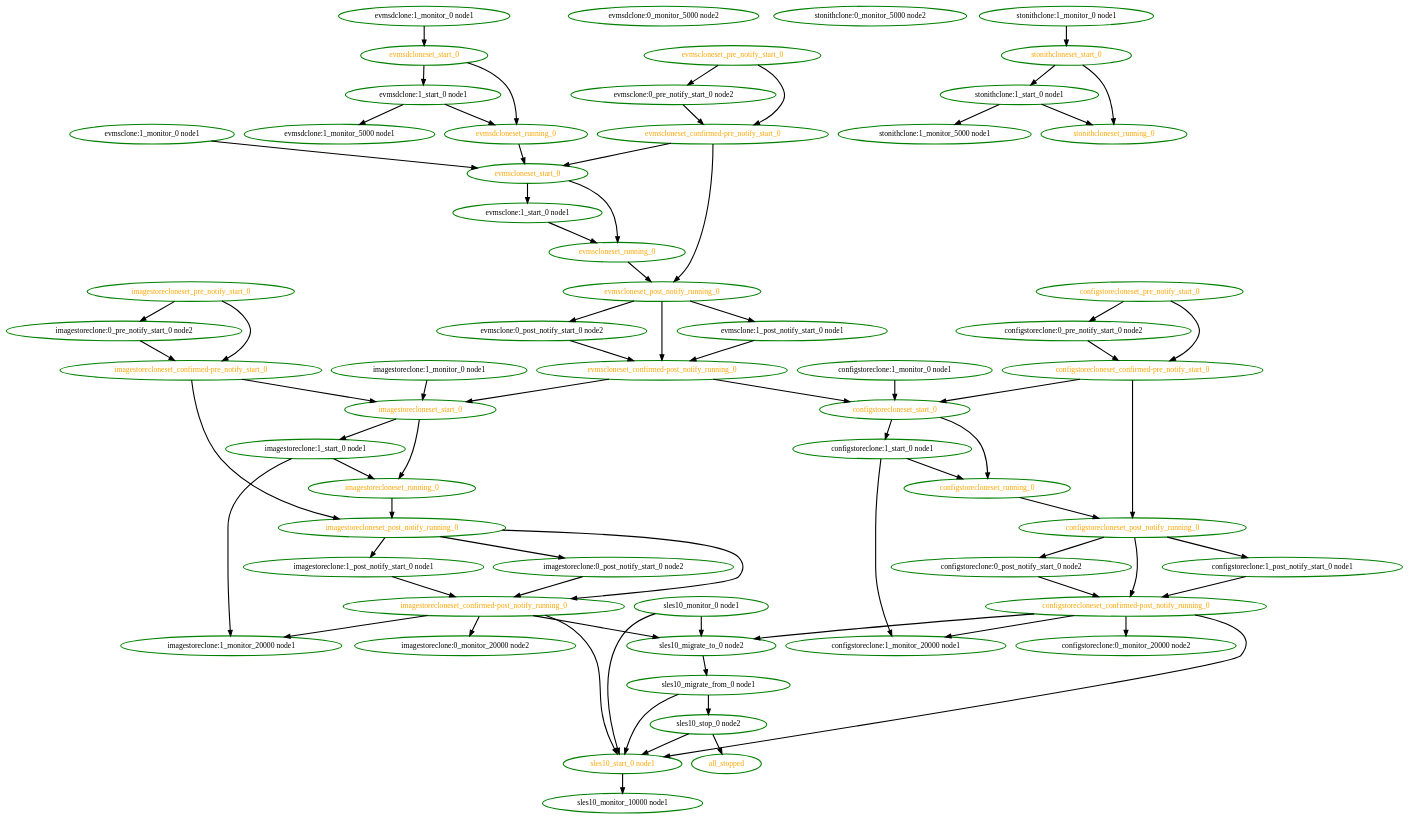
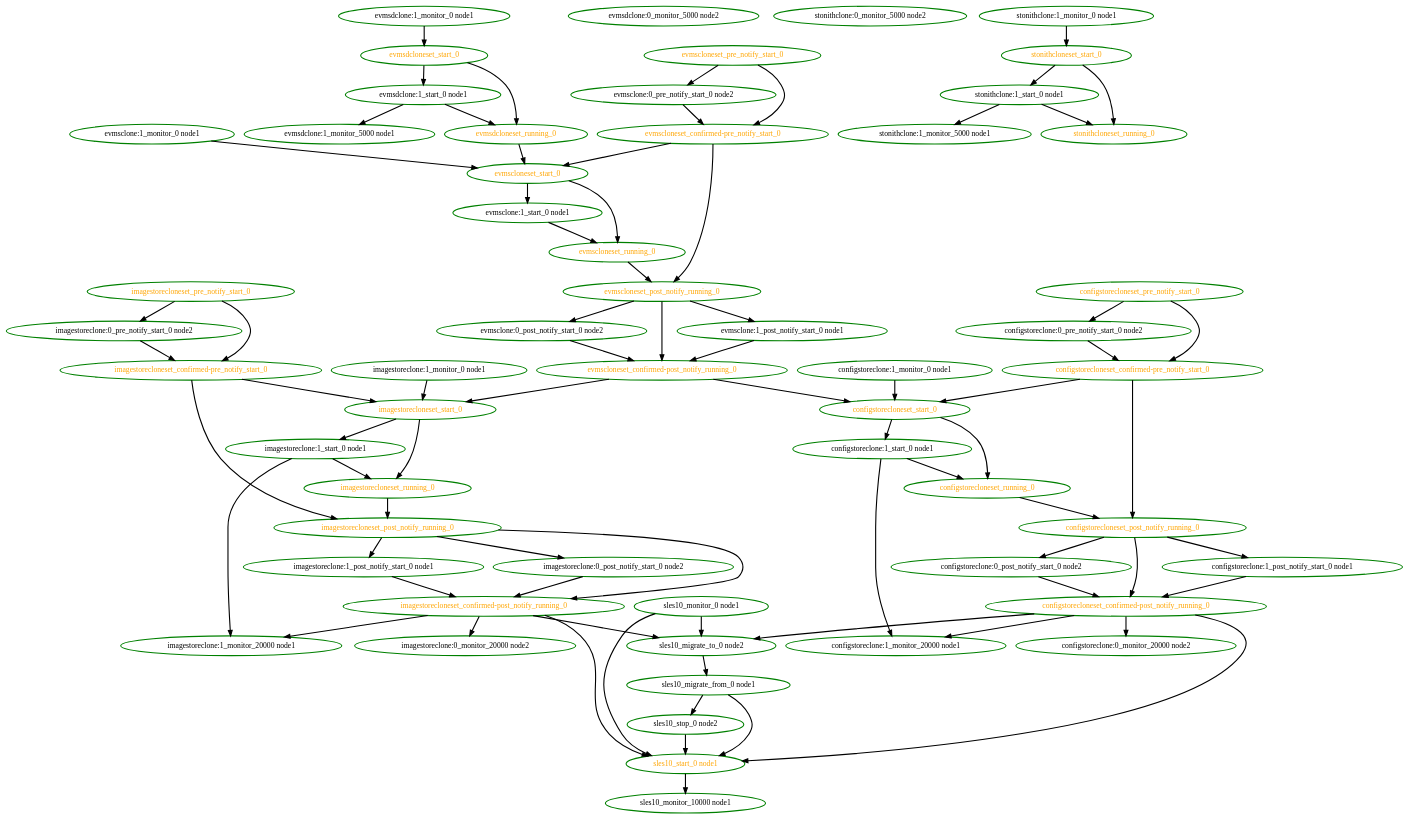
One commit to ClusterLabs/pacemaker changed the diagram in cts/scheduler/novell-252693-2.dot. Above: the diagram before and after it, drawn with Graphviz. The commit also changed 1440 other files, not shown here.

Commit message:
Test: scheduler: update tests for all_stopped/stonith_complete removal

```diff
--- a/cts/scheduler/novell-252693-2.dot
+++ b/cts/scheduler/novell-252693-2.dot
@@ -1,134 +1,132 @@
  digraph "g" {
-"all_stopped" [ style=bold color="green" fontcolor="orange" ]
 "configstoreclone:0_monitor_20000 node2" [ style=bold color="green" fontcolor="black"]
 "configstoreclone:0_post_notify_start_0 node2" -> "configstorecloneset_confirmed-post_notify_running_0" [ style = bold]
 "configstoreclone:0_post_notify_start_0 node2" [ style=bold color="green" fontcolor="black" ]
 "configstoreclone:0_pre_notify_start_0 node2" -> "configstorecloneset_confirmed-pre_notify_start_0" [ style = bold]
 "configstoreclone:0_pre_notify_start_0 node2" [ style=bold color="green" fontcolor="black" ]
 "configstoreclone:1_monitor_0 node1" -> "configstorecloneset_start_0" [ style = bold]
 "configstoreclone:1_monitor_0 node1" [ style=bold color="green" fontcolor="black" ]
 "configstoreclone:1_monitor_20000 node1" [ style=bold color="green" fontcolor="black" ]
 "configstoreclone:1_post_notify_start_0 node1" -> "configstorecloneset_confirmed-post_notify_running_0" [ style = bold]
 "configstoreclone:1_post_notify_start_0 node1" [ style=bold color="green" fontcolor="black" ]
 "configstoreclone:1_start_0 node1" -> "configstoreclone:1_monitor_20000 node1" [ style = bold]
 "configstoreclone:1_start_0 node1" -> "configstorecloneset_running_0" [ style = bold]
 "configstoreclone:1_start_0 node1" [ style=bold color="green" fontcolor="black" ]
 "configstorecloneset_confirmed-post_notify_running_0" -> "configstoreclone:0_monitor_20000 node2" [ style = bold]
 "configstorecloneset_confirmed-post_notify_running_0" -> "configstoreclone:1_monitor_20000 node1" [ style = bold]
 "configstorecloneset_confirmed-post_notify_running_0" -> "sles10_migrate_to_0 node2" [ style = bold]
 "configstorecloneset_confirmed-post_notify_running_0" -> "sles10_start_0 node1" [ style = bold]
 "configstorecloneset_confirmed-post_notify_running_0" [ style=bold color="green" fontcolor="orange" ]
 "configstorecloneset_confirmed-pre_notify_start_0" -> "configstorecloneset_post_notify_running_0" [ style = bold]
 "configstorecloneset_confirmed-pre_notify_start_0" -> "configstorecloneset_start_0" [ style = bold]
 "configstorecloneset_confirmed-pre_notify_start_0" [ style=bold color="green" fontcolor="orange" ]
 "configstorecloneset_post_notify_running_0" -> "configstoreclone:0_post_notify_start_0 node2" [ style = bold]
 "configstorecloneset_post_notify_running_0" -> "configstoreclone:1_post_notify_start_0 node1" [ style = bold]
 "configstorecloneset_post_notify_running_0" -> "configstorecloneset_confirmed-post_notify_running_0" [ style = bold]
 "configstorecloneset_post_notify_running_0" [ style=bold color="green" fontcolor="orange" ]
 "configstorecloneset_pre_notify_start_0" -> "configstoreclone:0_pre_notify_start_0 node2" [ style = bold]
 "configstorecloneset_pre_notify_start_0" -> "configstorecloneset_confirmed-pre_notify_start_0" [ style = bold]
 "configstorecloneset_pre_notify_start_0" [ style=bold color="green" fontcolor="orange" ]
 "configstorecloneset_running_0" -> "configstorecloneset_post_notify_running_0" [ style = bold]
 "configstorecloneset_running_0" [ style=bold color="green" fontcolor="orange" ]
 "configstorecloneset_start_0" -> "configstoreclone:1_start_0 node1" [ style = bold]
 "configstorecloneset_start_0" -> "configstorecloneset_running_0" [ style = bold]
 "configstorecloneset_start_0" [ style=bold color="green" fontcolor="orange" ]
 "evmsclone:0_post_notify_start_0 node2" -> "evmscloneset_confirmed-post_notify_running_0" [ style = bold]
 "evmsclone:0_post_notify_start_0 node2" [ style=bold color="green" fontcolor="black" ]
 "evmsclone:0_pre_notify_start_0 node2" -> "evmscloneset_confirmed-pre_notify_start_0" [ style = bold]
 "evmsclone:0_pre_notify_start_0 node2" [ style=bold color="green" fontcolor="black" ]
 "evmsclone:1_monitor_0 node1" -> "evmscloneset_start_0" [ style = bold]
 "evmsclone:1_monitor_0 node1" [ style=bold color="green" fontcolor="black" ]
 "evmsclone:1_post_notify_start_0 node1" -> "evmscloneset_confirmed-post_notify_running_0" [ style = bold]
 "evmsclone:1_post_notify_start_0 node1" [ style=bold color="green" fontcolor="black" ]
 "evmsclone:1_start_0 node1" -> "evmscloneset_running_0" [ style = bold]
 "evmsclone:1_start_0 node1" [ style=bold color="green" fontcolor="black" ]
 "evmscloneset_confirmed-post_notify_running_0" -> "configstorecloneset_start_0" [ style = bold]
 "evmscloneset_confirmed-post_notify_running_0" -> "imagestorecloneset_start_0" [ style = bold]
 "evmscloneset_confirmed-post_notify_running_0" [ style=bold color="green" fontcolor="orange" ]
 "evmscloneset_confirmed-pre_notify_start_0" -> "evmscloneset_post_notify_running_0" [ style = bold]
 "evmscloneset_confirmed-pre_notify_start_0" -> "evmscloneset_start_0" [ style = bold]
 "evmscloneset_confirmed-pre_notify_start_0" [ style=bold color="green" fontcolor="orange" ]
 "evmscloneset_post_notify_running_0" -> "evmsclone:0_post_notify_start_0 node2" [ style = bold]
 "evmscloneset_post_notify_running_0" -> "evmsclone:1_post_notify_start_0 node1" [ style = bold]
 "evmscloneset_post_notify_running_0" -> "evmscloneset_confirmed-post_notify_running_0" [ style = bold]
 "evmscloneset_post_notify_running_0" [ style=bold color="green" fontcolor="orange" ]
 "evmscloneset_pre_notify_start_0" -> "evmsclone:0_pre_notify_start_0 node2" [ style = bold]
 "evmscloneset_pre_notify_start_0" -> "evmscloneset_confirmed-pre_notify_start_0" [ style = bold]
 "evmscloneset_pre_notify_start_0" [ style=bold color="green" fontcolor="orange" ]
 "evmscloneset_running_0" -> "evmscloneset_post_notify_running_0" [ style = bold]
 "evmscloneset_running_0" [ style=bold color="green" fontcolor="orange" ]
 "evmscloneset_start_0" -> "evmsclone:1_start_0 node1" [ style = bold]
 "evmscloneset_start_0" -> "evmscloneset_running_0" [ style = bold]
 "evmscloneset_start_0" [ style=bold color="green" fontcolor="orange" ]
 "evmsdclone:0_monitor_5000 node2" [ style=bold color="green" fontcolor="black"]
 "evmsdclone:1_monitor_0 node1" -> "evmsdcloneset_start_0" [ style = bold]
 "evmsdclone:1_monitor_0 node1" [ style=bold color="green" fontcolor="black" ]
 "evmsdclone:1_monitor_5000 node1" [ style=bold color="green" fontcolor="black" ]
 "evmsdclone:1_start_0 node1" -> "evmsdclone:1_monitor_5000 node1" [ style = bold]
 "evmsdclone:1_start_0 node1" -> "evmsdcloneset_running_0" [ style = bold]
 "evmsdclone:1_start_0 node1" [ style=bold color="green" fontcolor="black" ]
 "evmsdcloneset_running_0" -> "evmscloneset_start_0" [ style = bold]
 "evmsdcloneset_running_0" [ style=bold color="green" fontcolor="orange" ]
 "evmsdcloneset_start_0" -> "evmsdclone:1_start_0 node1" [ style = bold]
 "evmsdcloneset_start_0" -> "evmsdcloneset_running_0" [ style = bold]
 "evmsdcloneset_start_0" [ style=bold color="green" fontcolor="orange" ]
 "imagestoreclone:0_monitor_20000 node2" [ style=bold color="green" fontcolor="black"]
 "imagestoreclone:0_post_notify_start_0 node2" -> "imagestorecloneset_confirmed-post_notify_running_0" [ style = bold]
 "imagestoreclone:0_post_notify_start_0 node2" [ style=bold color="green" fontcolor="black" ]
 "imagestoreclone:0_pre_notify_start_0 node2" -> "imagestorecloneset_confirmed-pre_notify_start_0" [ style = bold]
 "imagestoreclone:0_pre_notify_start_0 node2" [ style=bold color="green" fontcolor="black" ]
 "imagestoreclone:1_monitor_0 node1" -> "imagestorecloneset_start_0" [ style = bold]
 "imagestoreclone:1_monitor_0 node1" [ style=bold color="green" fontcolor="black" ]
 "imagestoreclone:1_monitor_20000 node1" [ style=bold color="green" fontcolor="black" ]
 "imagestoreclone:1_post_notify_start_0 node1" -> "imagestorecloneset_confirmed-post_notify_running_0" [ style = bold]
 "imagestoreclone:1_post_notify_start_0 node1" [ style=bold color="green" fontcolor="black" ]
 "imagestoreclone:1_start_0 node1" -> "imagestoreclone:1_monitor_20000 node1" [ style = bold]
 "imagestoreclone:1_start_0 node1" -> "imagestorecloneset_running_0" [ style = bold]
 "imagestoreclone:1_start_0 node1" [ style=bold color="green" fontcolor="black" ]
 "imagestorecloneset_confirmed-post_notify_running_0" -> "imagestoreclone:0_monitor_20000 node2" [ style = bold]
 "imagestorecloneset_confirmed-post_notify_running_0" -> "imagestoreclone:1_monitor_20000 node1" [ style = bold]
 "imagestorecloneset_confirmed-post_notify_running_0" -> "sles10_migrate_to_0 node2" [ style = bold]
 "imagestorecloneset_confirmed-post_notify_running_0" -> "sles10_start_0 node1" [ style = bold]
 "imagestorecloneset_confirmed-post_notify_running_0" [ style=bold color="green" fontcolor="orange" ]
 "imagestorecloneset_confirmed-pre_notify_start_0" -> "imagestorecloneset_post_notify_running_0" [ style = bold]
 "imagestorecloneset_confirmed-pre_notify_start_0" -> "imagestorecloneset_start_0" [ style = bold]
 "imagestorecloneset_confirmed-pre_notify_start_0" [ style=bold color="green" fontcolor="orange" ]
 "imagestorecloneset_post_notify_running_0" -> "imagestoreclone:0_post_notify_start_0 node2" [ style = bold]
 "imagestorecloneset_post_notify_running_0" -> "imagestoreclone:1_post_notify_start_0 node1" [ style = bold]
 "imagestorecloneset_post_notify_running_0" -> "imagestorecloneset_confirmed-post_notify_running_0" [ style = bold]
 "imagestorecloneset_post_notify_running_0" [ style=bold color="green" fontcolor="orange" ]
 "imagestorecloneset_pre_notify_start_0" -> "imagestoreclone:0_pre_notify_start_0 node2" [ style = bold]
 "imagestorecloneset_pre_notify_start_0" -> "imagestorecloneset_confirmed-pre_notify_start_0" [ style = bold]
 "imagestorecloneset_pre_notify_start_0" [ style=bold color="green" fontcolor="orange" ]
 "imagestorecloneset_running_0" -> "imagestorecloneset_post_notify_running_0" [ style = bold]
 "imagestorecloneset_running_0" [ style=bold color="green" fontcolor="orange" ]
 "imagestorecloneset_start_0" -> "imagestoreclone:1_start_0 node1" [ style = bold]
 "imagestorecloneset_start_0" -> "imagestorecloneset_running_0" [ style = bold]
 "imagestorecloneset_start_0" [ style=bold color="green" fontcolor="orange" ]
 "sles10_migrate_from_0 node1" -> "sles10_start_0 node1" [ style = bold]
 "sles10_migrate_from_0 node1" -> "sles10_stop_0 node2" [ style = bold]
 "sles10_migrate_from_0 node1" [ style=bold color="green" fontcolor="black" ]
 "sles10_migrate_to_0 node2" -> "sles10_migrate_from_0 node1" [ style = bold]
 "sles10_migrate_to_0 node2" [ style=bold color="green" fontcolor="black" ]
 "sles10_monitor_0 node1" -> "sles10_migrate_to_0 node2" [ style = bold]
 "sles10_monitor_0 node1" -> "sles10_start_0 node1" [ style = bold]
 "sles10_monitor_0 node1" [ style=bold color="green" fontcolor="black" ]
 "sles10_monitor_10000 node1" [ style=bold color="green" fontcolor="black" ]
 "sles10_start_0 node1" -> "sles10_monitor_10000 node1" [ style = bold]
 "sles10_start_0 node1" [ style=bold color="green" fontcolor="orange" ]
-"sles10_stop_0 node2" -> "all_stopped" [ style = bold]
 "sles10_stop_0 node2" -> "sles10_start_0 node1" [ style = bold]
 "sles10_stop_0 node2" [ style=bold color="green" fontcolor="black" ]
 "stonithclone:0_monitor_5000 node2" [ style=bold color="green" fontcolor="black"]
 "stonithclone:1_monitor_0 node1" -> "stonithcloneset_start_0" [ style = bold]
 "stonithclone:1_monitor_0 node1" [ style=bold color="green" fontcolor="black" ]
 "stonithclone:1_monitor_5000 node1" [ style=bold color="green" fontcolor="black" ]
 "stonithclone:1_start_0 node1" -> "stonithclone:1_monitor_5000 node1" [ style = bold]
 "stonithclone:1_start_0 node1" -> "stonithcloneset_running_0" [ style = bold]
 "stonithclone:1_start_0 node1" [ style=bold color="green" fontcolor="black" ]
 "stonithcloneset_running_0" [ style=bold color="green" fontcolor="orange" ]
 "stonithcloneset_start_0" -> "stonithclone:1_start_0 node1" [ style = bold]
 "stonithcloneset_start_0" -> "stonithcloneset_running_0" [ style = bold]
 "stonithcloneset_start_0" [ style=bold color="green" fontcolor="orange" ]
 }
```
